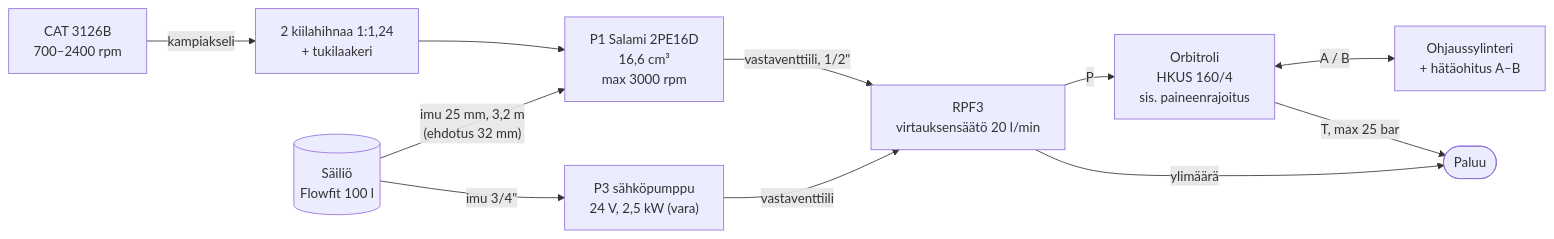
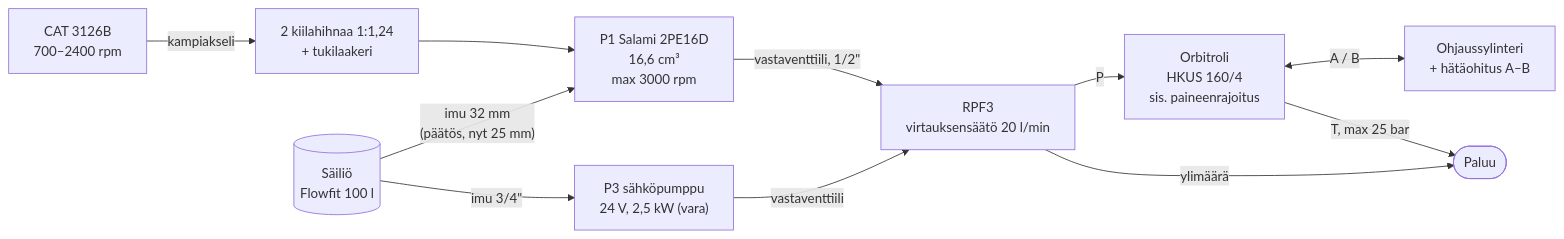
Before and after one commit to plektra/vega-systems: the first of 3 diagrams in hydraulics/schematic.md, drawn with Mermaid. The commit also changed other lines of this file and 8 other files, not shown here.

````diff
--- a/hydraulics/schematic.md
+++ b/hydraulics/schematic.md
@@ -47,22 +47,22 @@
 ```mermaid
 flowchart LR
   ENG["CAT 3126B<br/>700–2400 rpm"]
   BELT["2 kiilahihnaa 1:1,24<br/>+ tukilaakeri"]
   TANK[("Säiliö<br/>Flowfit 100 l")]
   P1["P1 Salami 2PE16D<br/>16,6 cm³<br/>max 3000 rpm"]
   RPF3["RPF3<br/>virtauksensäätö 20 l/min"]
   ORB["Orbitroli<br/>HKUS 160/4<br/>sis. paineenrajoitus"]
   CYL["Ohjaussylinteri<br/>+ hätäohitus A–B"]
   P3["P3 sähköpumppu<br/>24 V, 2,5 kW (vara)"]
   RET(["Paluu"])
 
   ENG -->|kampiakseli| BELT --> P1
-  TANK -->|"imu 25 mm, 3,2 m<br/>(ehdotus 32 mm)"| P1
+  TANK -->|"imu 32 mm<br/>(päätös, nyt 25 mm)"| P1
   P1 -->|"vastaventtiili, 1/2#quot;"| RPF3 -->|P| ORB
   ORB <-->|A / B| CYL
   TANK -->|"imu 3/4#quot;"| P3
   P3 -->|vastaventtiili| RPF3
   RPF3 -->|ylimäärä| RET
   ORB -->|"T, max 25 bar"| RET
 
 ```
````
